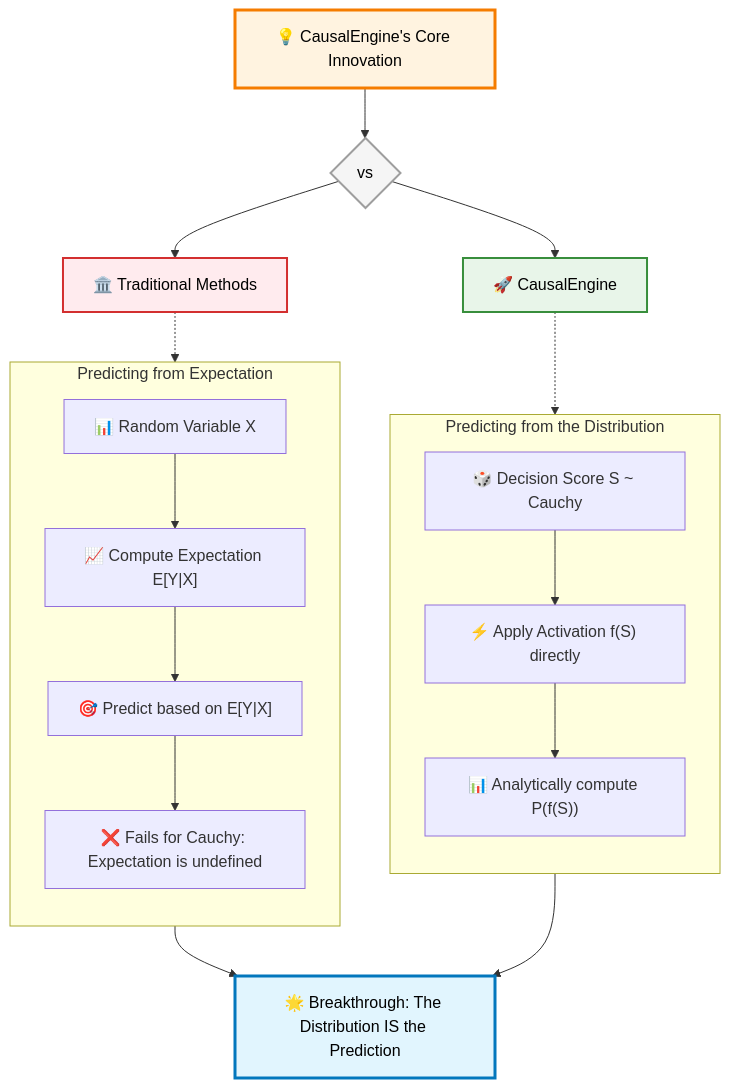
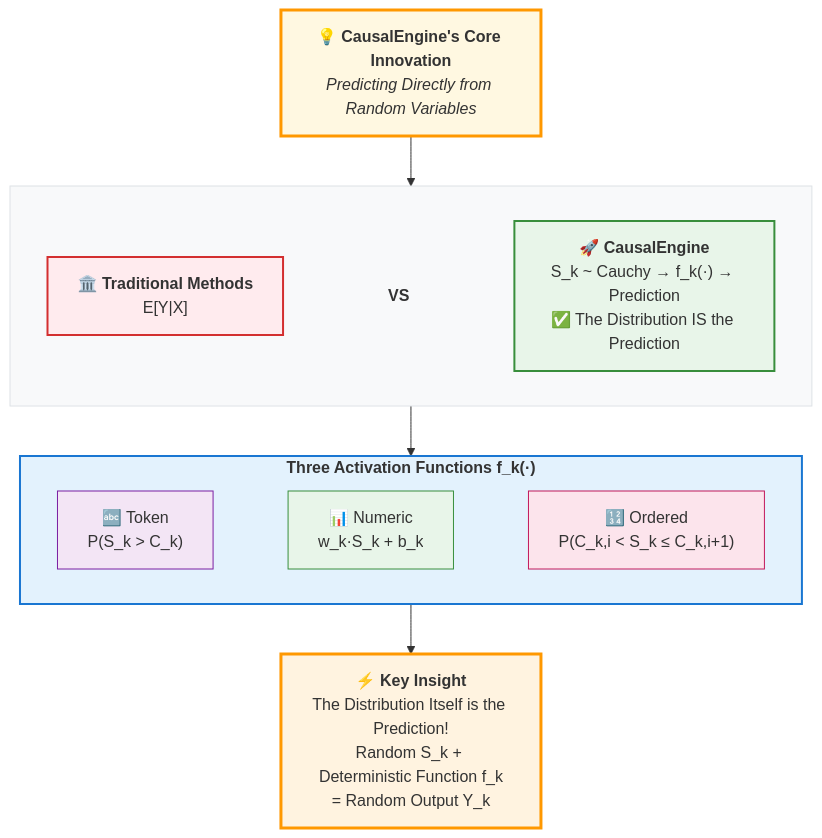
The fifth of 8 diagrams in causal_engine/MATHEMATICAL_FOUNDATIONS.md (1587causalai/CausalQwen), drawn with Mermaid before and after one commit. The commit also changed other lines of this file and 1 other file, not shown here.

````diff
--- a/causal_engine/MATHEMATICAL_FOUNDATIONS.md
+++ b/causal_engine/MATHEMATICAL_FOUNDATIONS.md
@@ -249,41 +305,51 @@
 ```mermaid
 graph TB
-    %% Core Innovation Comparison Diagram
+    %% Core Innovation Title
+    Title["💡 <b>CausalEngine's Core Innovation</b><br/><i>Predicting Directly from Random Variables</i>"]
     
-    Title["💡 CausalEngine's Core Innovation"]
+    Title --> Compare
     
-    Title --> VS{" vs "}
-    
-    VS --> Traditional["🏛️ Traditional Methods"]
-    VS --> CausalEngine["🚀 CausalEngine"]
-    
-    subgraph TraditionalFlow ["Predicting from Expectation"]
-        direction TB
-        T1["📊 Random Variable X"]
-        T2["📈 Compute Expectation E[Y|X]"]
-        T3["🎯 Predict based on E[Y|X]"]
-        T4["❌ Fails for Cauchy: Expectation is undefined"]
-        T1 --> T2 --> T3 --> T4
+    %% Comparison Area
+    subgraph Compare [" "]
+        direction LR
+        
+        Traditional["🏛️ <b>Traditional Methods</b><br/>E[Y|X]"]
+        
+        VS["<b>VS</b>"]
+        
+        CausalEngine["🚀 <b>CausalEngine</b><br/>S_k ~ Cauchy → f_k(·) → Prediction<br/>✅ The Distribution IS the Prediction"]
+        
+        Traditional ~~~ VS ~~~ CausalEngine
     end
     
-    subgraph CausalFlow ["Predicting from the Distribution"]
-        direction TB
-        C1["🎲 Decision Score S ~ Cauchy"]
-        C2["⚡ Apply Activation f(S) directly"]
-        C3["📊 Analytically compute P(f(S))"]
-        C1 --> C2 --> C3
+    Compare --> Functions
+    
+    %% Activation Functions Display
+    subgraph Functions ["<b>Three Activation Functions f_k(·)</b>"]
+        direction LR
+        Token["🔤 Token<br/>P(S_k > C_k)"]
+        Numeric["📊 Numeric<br/>w_k·S_k + b_k"]  
+        Ordinal["🔢 Ordered<br/>P(C_k,i < S_k ≤ C_k,i+1)"]
+        
+        Token ~~~ Numeric ~~~ Ordinal
     end
     
-    Traditional -.-> TraditionalFlow
-    CausalEngine -.-> CausalFlow
+    Functions --> Insight
     
-    TraditionalFlow --> Result["🌟 Breakthrough: The Distribution IS the Prediction"]
-    CausalFlow --> Result
+    %% Core Insight
+    Insight["⚡ <b>Key Insight</b><br/>The Distribution Itself is the Prediction!<br/>Random S_k + Deterministic Function f_k<br/>= Random Output Y_k"]
     
-    %% Styling
-    style Title fill:#fff3e0,stroke:#f57c00,stroke-width:3px,color:#000
-    style VS fill:#f5f5f5,stroke:#9e9e9e,stroke-width:2px,color:#000
-    style Traditional fill:#ffebee,stroke:#d32f2f,stroke-width:2px,color:#000
-    style CausalEngine fill:#e8f5e9,stroke:#388e3c,stroke-width:2px,color:#000
-    style Result fill:#e1f5fe,stroke:#0277bd,stroke-width:3px,color:#000
+    %% Style Enhancement
+    style Title fill:#fff8e1,stroke:#ff9800,stroke-width:3px
+    style Compare fill:#f8f9fa,stroke:#dee2e6,stroke-width:1px
+    style Traditional fill:#ffebee,stroke:#d32f2f,stroke-width:2px
+    style CausalEngine fill:#e8f5e9,stroke:#388e3c,stroke-width:2px
+    style VS fill:transparent,stroke:none
+    
+    style Functions fill:#e3f2fd,stroke:#1976d2,stroke-width:2px
+    style Token fill:#f3e5f5,stroke:#7b1fa2,stroke-width:1px
+    style Numeric fill:#e8f5e9,stroke:#388e3c,stroke-width:1px
+    style Ordinal fill:#fce4ec,stroke:#c2185b,stroke-width:1px
+    
+    style Insight fill:#fff3e0,stroke:#ff9800,stroke-width:3px
 ```
````
